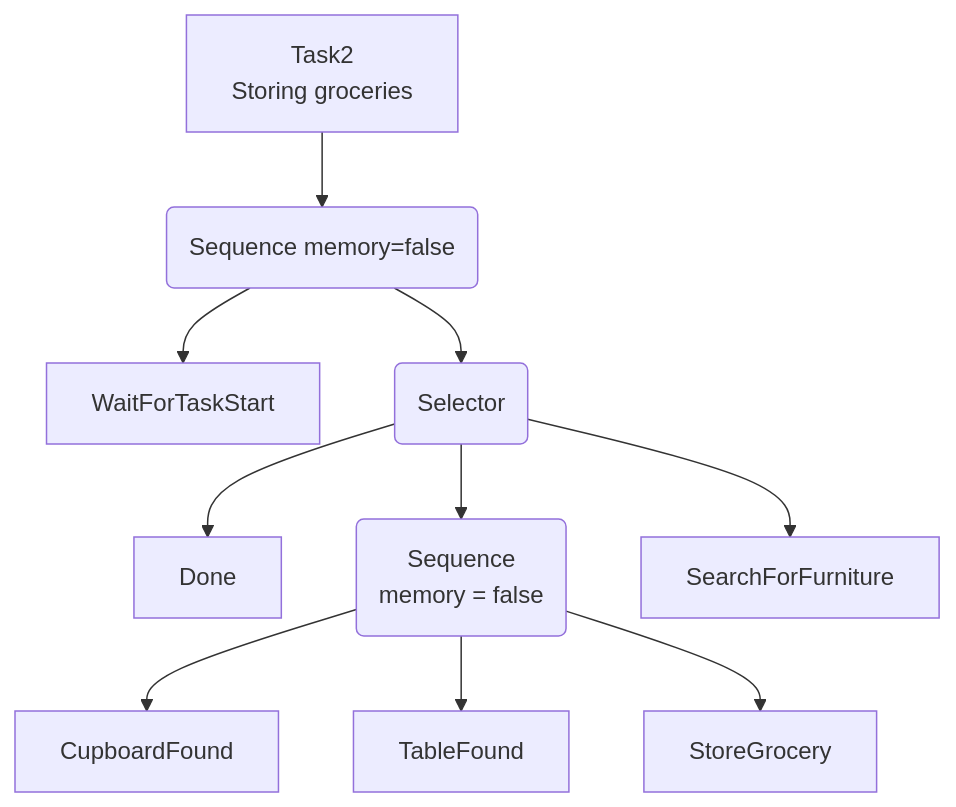
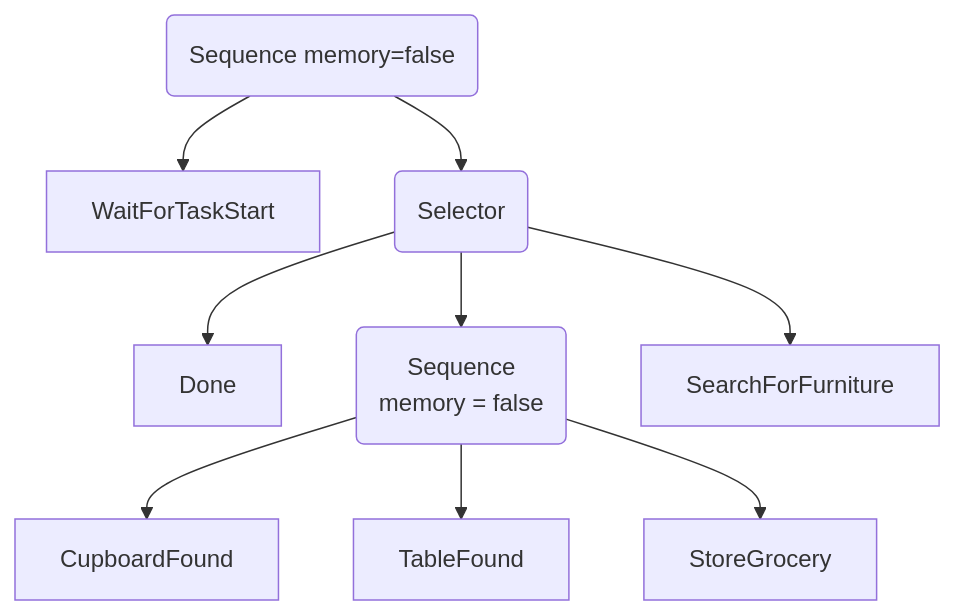
The fourth of 6 diagrams in code/arlab_decision_making/README.md (una-auxme/arlab), drawn with Mermaid before and after one commit. The commit also changed other lines of this file, not shown here.

Commit message:
task1 + error sequence + formatting

````diff
--- a/code/arlab_decision_making/README.md
+++ b/code/arlab_decision_making/README.md
@@ -28,14 +48,13 @@
 ```mermaid
 flowchart TD
-    StoringGroceries[Task2 
-    Storing groceries] --> S0(Sequence memory=false)
+    S0(Sequence memory=false)
     S0 --> CS[WaitForTaskStart]
     S0 --> S1(Selector)
     S1 --> T1[Done]
     S1 --> S2(Sequence
     memory = false)
     S1 --> SFF[SearchForFurniture]
     S2 --> CF[CupboardFound]
     S2 --> TF[TableFound]
     S2 --> SG[StoreGrocery]
 ```
````
